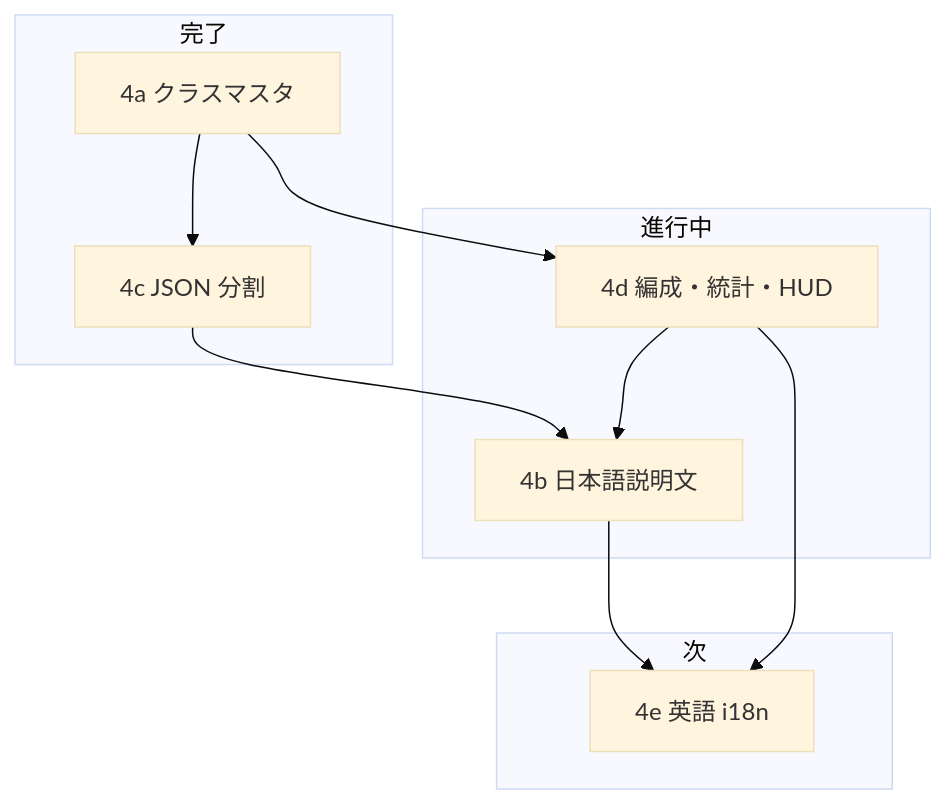
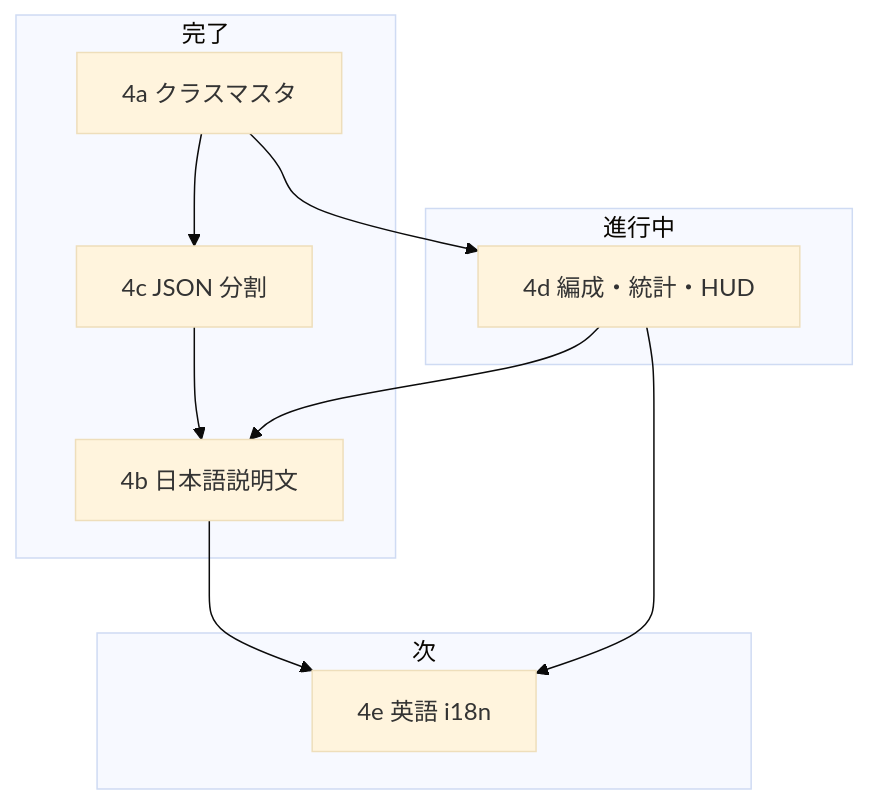
The diagram in docs/plans/phase-4-roadmap.md (sucRo0629/auto-battle-idle), drawn with Mermaid (base theme) before and after one commit. The commit also changed other lines of this file and 2 other files, not shown here.

````diff
--- a/docs/plans/phase-4-roadmap.md
+++ b/docs/plans/phase-4-roadmap.md
@@ -41,20 +41,20 @@
 ```mermaid
 flowchart TD
   subgraph done [完了]
     A4a[4a クラスマスタ]
     A4c[4c JSON 分割]
+    B4b[4b 日本語説明文]
   end
   subgraph wip [進行中]
     B4d[4d 編成・統計・HUD]
-    B4b[4b 日本語説明文]
   end
   subgraph next [次]
     E4e[4e 英語 i18n]
   end
   A4a --> A4c
   A4a --> B4d
   A4c --> B4b
   B4d --> B4b
   B4b --> E4e
   B4d --> E4e
 ```
````
